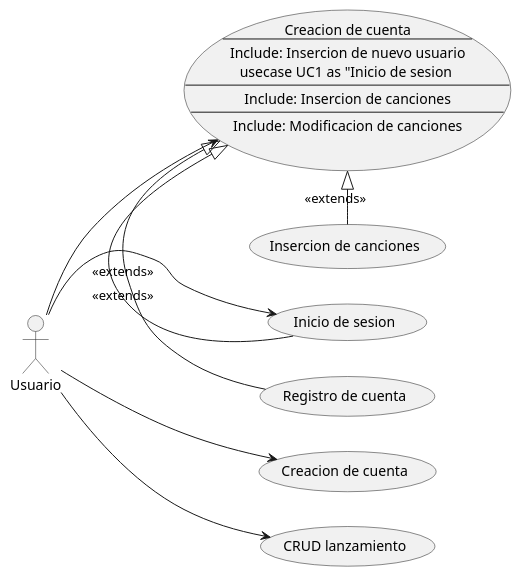
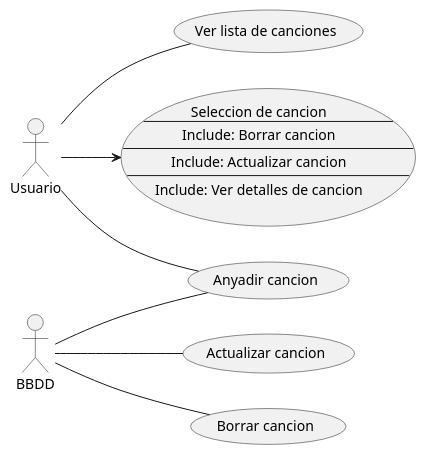
The diagram in 2. Diagrama de casos de uso.puml (0imdz/trackiD_JavaSE_Project), drawn with PlantUML before and after one commit. The commit also changed 82 other files, not shown here.

```diff
--- a/2. Diagrama de casos de uso.puml
+++ b/2. Diagrama de casos de uso.puml
@@ -1,18 +1,18 @@
 @startuml
 left to right direction
-:Usuario: -->(Creacion de cuenta)
-:Usuario: -->(Inicio de sesion)
-:Usuario: -->(CRUD lanzamiento)
-usecase UC1 as "Creacion de cuenta 
+:Usuario: --(Anyadir cancion)
+:Usuario: --(Ver lista de canciones)
+:BBDD: --(Anyadir cancion)
+:BBDD: --(Actualizar cancion)
+:BBDD: --(Borrar cancion)
+usecase UC1 as "Seleccion de cancion 
 --
-Include: Insercion de nuevo usuario
-usecase UC1 as "Inicio de sesion 
+Include: Borrar cancion
 --
-Include: Insercion de canciones
+Include: Actualizar cancion
 --
-Include: Modificacion de canciones"
+Include: Ver detalles de cancion"
+
 :Usuario: --> (UC1)
-(UC1)<|-(Registro de cuenta):<<extends>>
-(UC1)<|-(Inicio de sesion):<<extends>>
-(UC1)<|-(Insercion de canciones):<<extends>>
+
 @enduml
```
